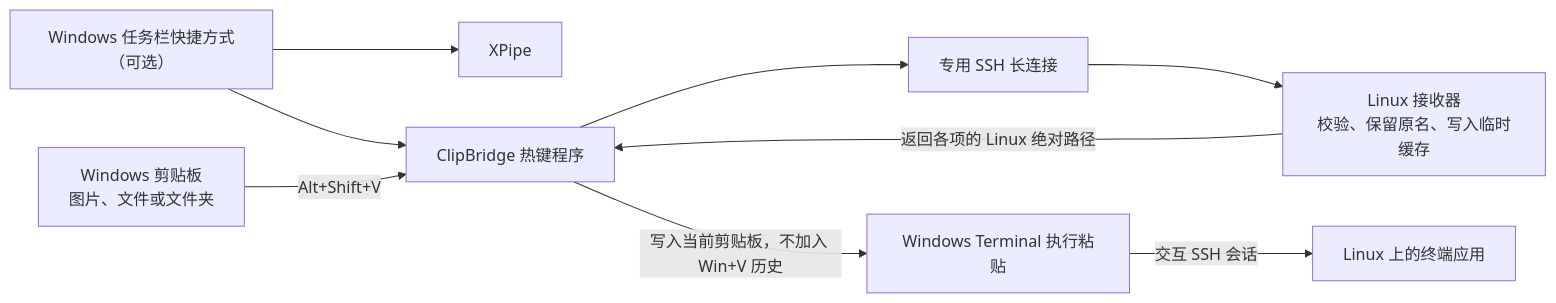
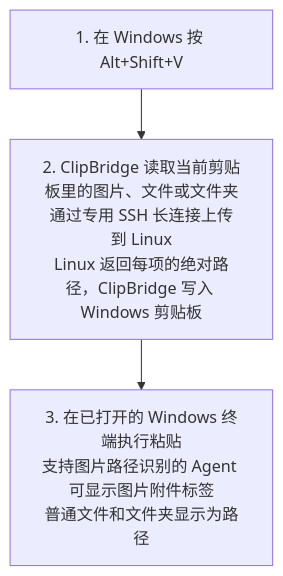
Before and after one commit to NewbieToEverything/clip-win-linux: the diagram in README.zh.md, drawn with Mermaid. The commit also changed other lines of this file and 1 other file, not shown here.

Commit message:
Show the three steps from clipboard to terminal

````diff
--- a/README.zh.md
+++ b/README.zh.md
@@ -11,11 +11,5 @@
 ```mermaid
-flowchart LR
-    P["Windows 任务栏快捷方式（可选）"] --> X["XPipe"]
-    P --> H["ClipBridge 热键程序"]
-    C["Windows 剪贴板<br/>图片、文件或文件夹"] -->|"Alt+Shift+V"| H
-    H --> S["专用 SSH 长连接"]
-    S --> L["Linux 接收器<br/>校验、保留原名、写入临时缓存"]
-    L -->|"返回各项的 Linux 绝对路径"| H
-    H -->|"写入当前剪贴板，不加入 Win+V 历史"| V["Windows Terminal 执行粘贴"]
-    V -->|"交互 SSH 会话"| A["Linux 上的终端应用"]
+flowchart TD
+    A["1. 在 Windows 按 Alt+Shift+V"] --> B["2. ClipBridge 读取当前剪贴板里的图片、文件或文件夹<br/>通过专用 SSH 长连接上传到 Linux<br/>Linux 返回每项的绝对路径，ClipBridge 写入 Windows 剪贴板"]
+    B --> C["3. 在已打开的 Windows 终端执行粘贴<br/>支持图片路径识别的 Agent 可显示图片附件标签<br/>普通文件和文件夹显示为路径"]
 ```
````
